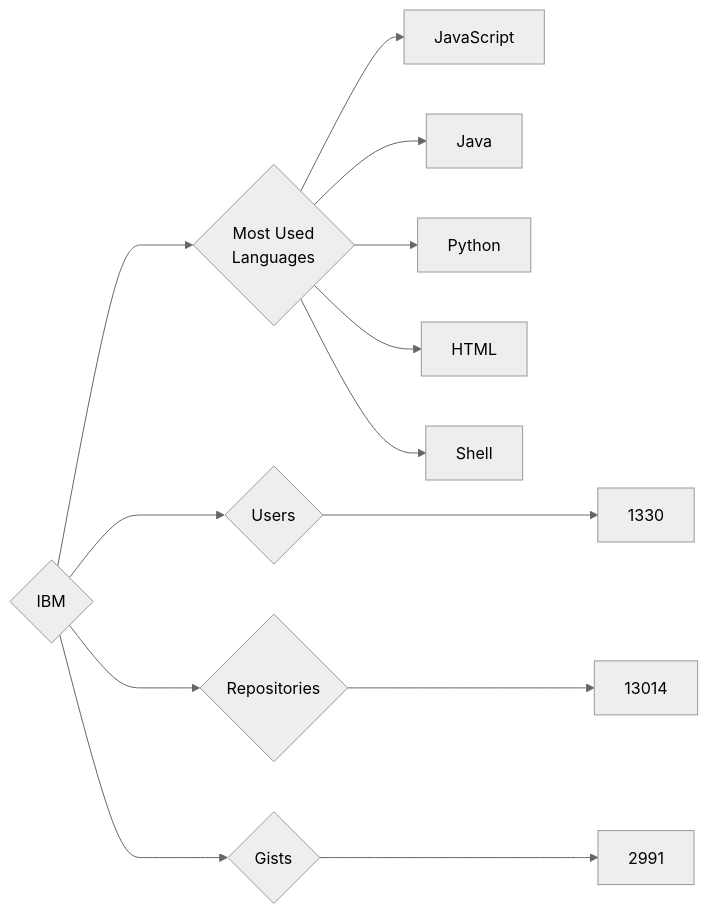
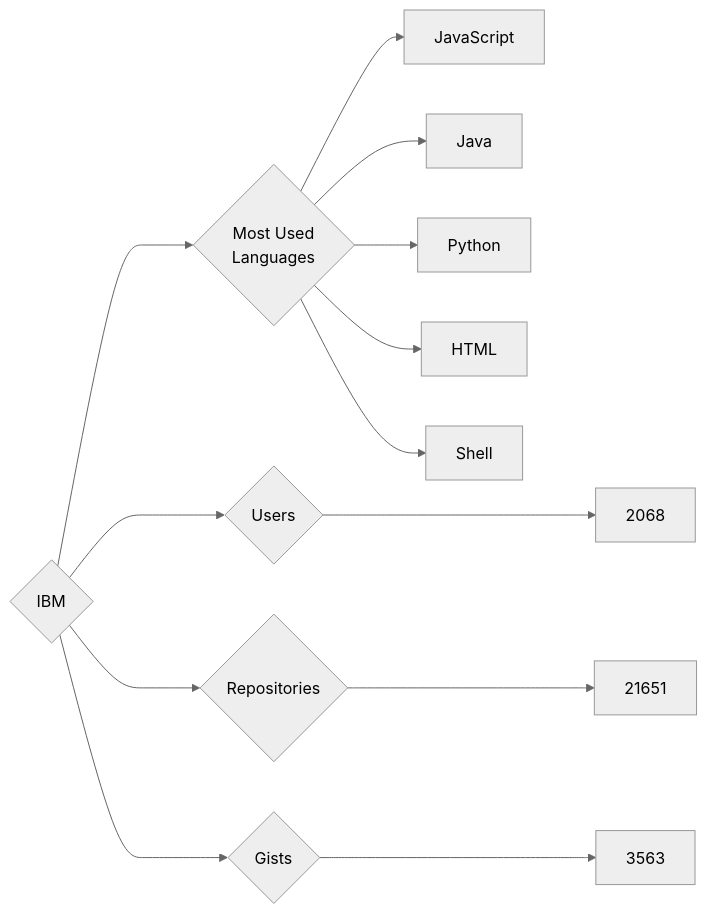
The diagram in targets/IBM/README.md (trickest/insiders), drawn with Mermaid (neutral theme) before and after one commit. The commit also changed 814 other files, not shown here.

````diff
--- a/targets/IBM/README.md
+++ b/targets/IBM/README.md
@@ -3,13 +3,13 @@
 ```mermaid
 graph LR
 COMPANY_NAME{IBM}
-COMPANY_NAME ---> U{Users} ---> UN[1330]
-COMPANY_NAME ---> R{Repositories} ---> RN[13014]
-COMPANY_NAME ---> G{Gists} ---> GN[2991]
+COMPANY_NAME ---> U{Users} ---> UN[2068]
+COMPANY_NAME ---> R{Repositories} ---> RN[21651]
+COMPANY_NAME ---> G{Gists} ---> GN[3563]
 COMPANY_NAME ---> ML{Most Used<br>Languages}
 ML --> JavaScript[JavaScript]
 ML --> Java[Java]
 ML --> Python[Python]
 ML --> HTML[HTML]
 ML --> Shell[Shell]
 ```
````
